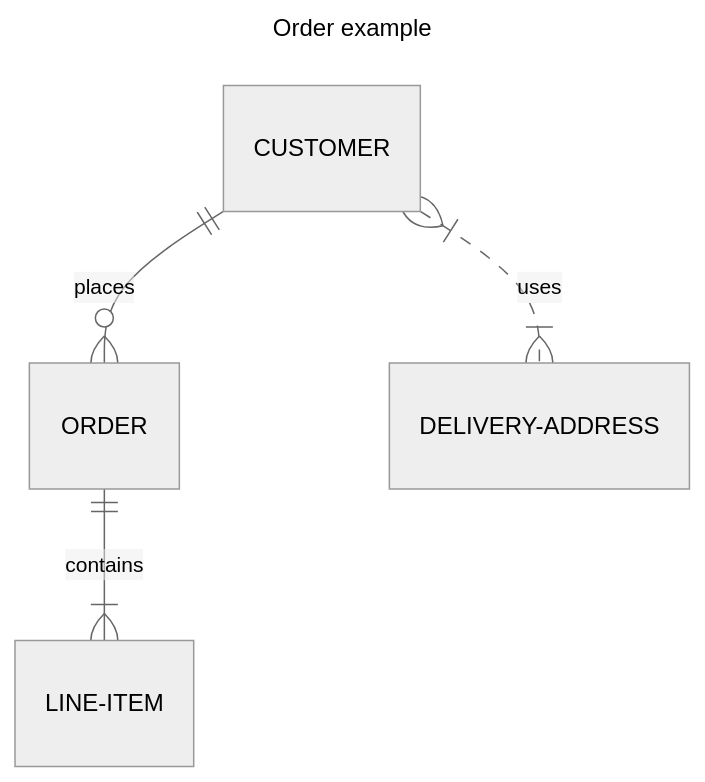
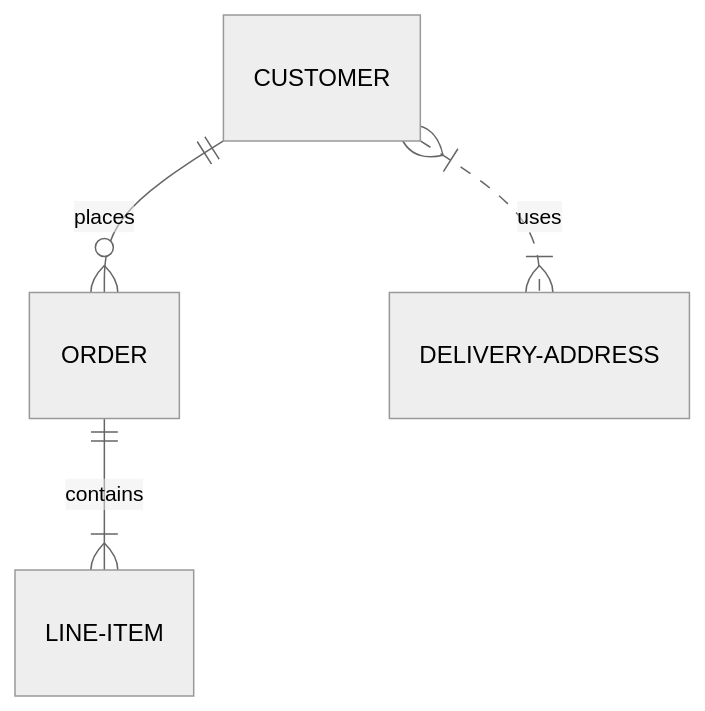
One commit to VNG-Realisatie/VNG-R-Respec-Template changed the fifth of 8 diagrams in mermaid.md. Above: the diagram before and after it, drawn with Mermaid (neutral theme). The commit also changed other lines of this file, not shown here.

````diff
--- a/mermaid.md
+++ b/mermaid.md
@@ -103,9 +97,6 @@
 ```mermaid
----
-title: Order example
----
 erDiagram
     CUSTOMER ||--o{ ORDER : places
     ORDER ||--|{ LINE-ITEM : contains
     CUSTOMER }|..|{ DELIVERY-ADDRESS : uses
 ```
````
